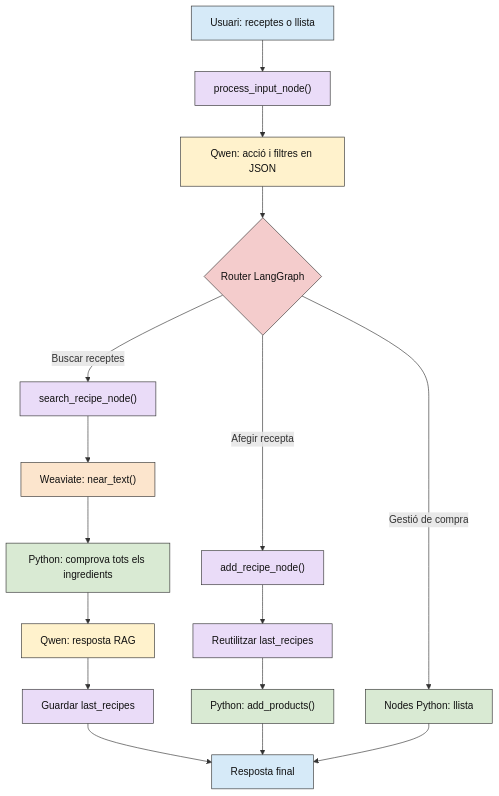
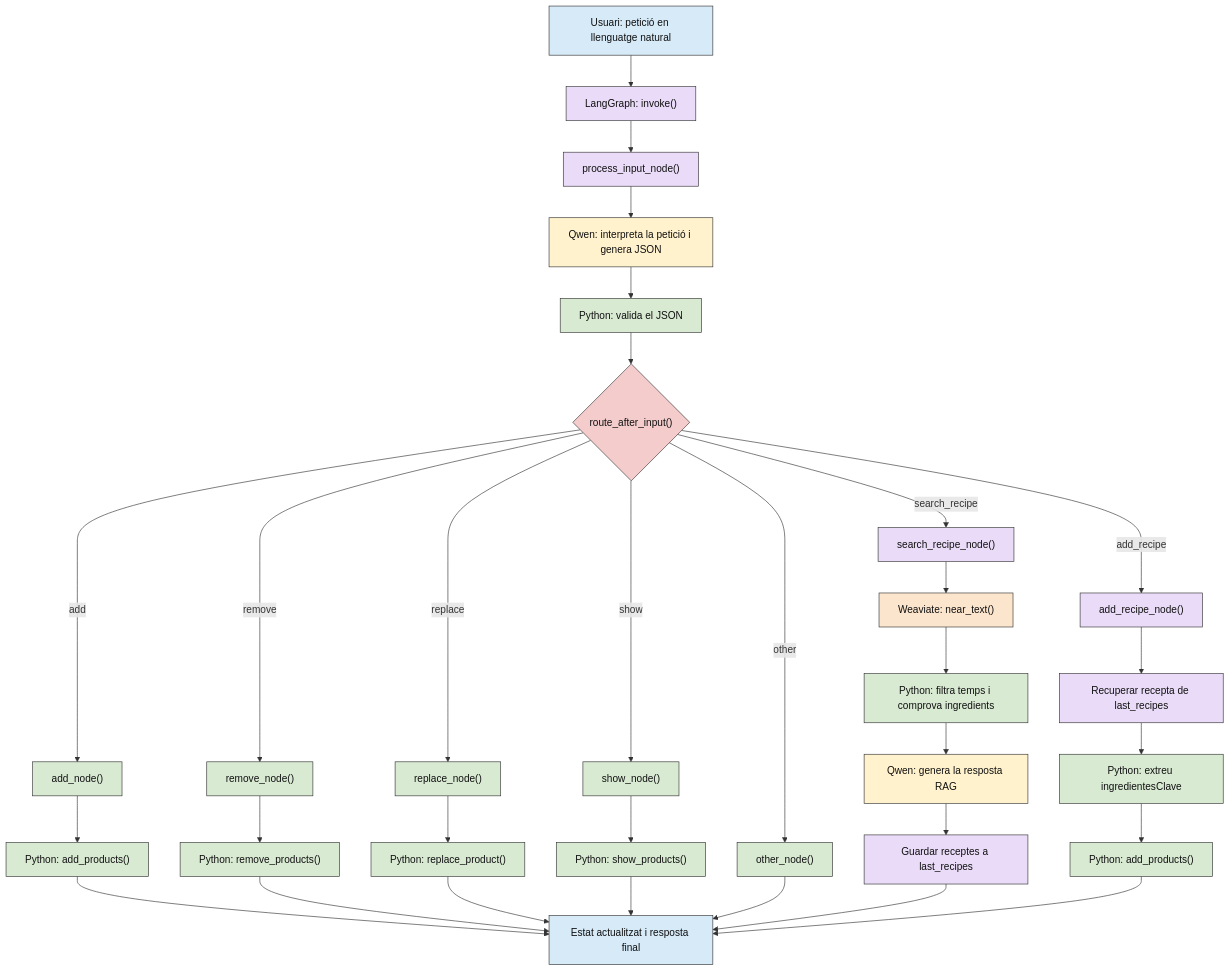
The ninth of 13 diagrams in AI_Observability/docs/08_examples.md (eetac/Visual_tools_for_AI), drawn with Mermaid before and after one commit. The commit also changed other lines of this file and 1 other file, not shown here.

````diff
--- a/AI_Observability/docs/08_examples.md
+++ b/AI_Observability/docs/08_examples.md
@@ -844,31 +842,60 @@
 ```mermaid
 flowchart TD
-    U["Usuari: receptes o llista"] --> P["process_input_node()"]
-    P --> L["Qwen: acció i filtres en JSON"]
-    L --> R{"Router LangGraph"}
-    R -->|Buscar receptes| S["search_recipe_node()"]
+    U["Usuari: petició en llenguatge natural"] --> G["LangGraph: invoke()"]
+    G --> P["process_input_node()"]
+    P --> L["Qwen: interpreta la petició i genera JSON"]
+    L --> J["Python: valida el JSON"]
+    J --> R{"route_after_input()"}
+
+    %% FUNCIONALITATS DE LA LLISTA DE COMPRA
+    R -->|add| A["add_node()"]
+    A --> AP["Python: add_products()"]
+
+    R -->|remove| B["remove_node()"]
+    B --> BP["Python: remove_products()"]
+
+    R -->|replace| C["replace_node()"]
+    C --> CP["Python: replace_product()"]
+
+    R -->|show| D["show_node()"]
+    D --> DP["Python: show_products()"]
+
+    R -->|other| O["other_node()"]
+
+    %% NOVA FUNCIONALITAT: CERCA DE RECEPTES
+    R -->|search_recipe| S["search_recipe_node()"]
     S --> W["Weaviate: near_text()"]
-    W --> V["Python: comprova tots els ingredients"]
-    V --> L2["Qwen: resposta RAG"]
-    L2 --> LR["Guardar last_recipes"]
-    R -->|Afegir recepta| AR["add_recipe_node()"]
-    AR --> LS["Reutilitzar last_recipes"]
-    LS --> ADD["Python: add_products()"]
-    R -->|Gestió de compra| C["Nodes Python: llista"]
-    LR --> F["Resposta final"]
+    W --> V["Python: filtra temps i comprova ingredients"]
+    V --> L2["Qwen: genera la resposta RAG"]
+    L2 --> LR["Guardar receptes a last_recipes"]
+
+    %% NOVA FUNCIONALITAT: AFEGIR INGREDIENTS D'UNA RECEPTA
+    R -->|add_recipe| AR["add_recipe_node()"]
+    AR --> LS["Recuperar recepta de last_recipes"]
+    LS --> IN["Python: extreu ingredientesClave"]
+    IN --> ADD["Python: add_products()"]
+
+    %% RESPOSTA FINAL
+    AP --> F["Estat actualitzat i resposta final"]
+    BP --> F
+    CP --> F
+    DP --> F
+    O --> F
+    LR --> F
     ADD --> F
-    C --> F
+
+    %% COLORS
     class U,F entrada
-    class P,S,AR,LS,LR servei
+    class G,P,S,AR,LS,LR servei
     class L,L2 llm
     class R decisio
     class W agent
-    class V,ADD,C python
+    class J,A,B,C,D,O,AP,BP,CP,DP,V,IN,ADD python
+
     classDef entrada fill:#D6EAF8,stroke:#333333,color:#111111
     classDef llm fill:#FFF2CC,stroke:#333333,color:#111111
     classDef python fill:#D9EAD3,stroke:#333333,color:#111111
     classDef decisio fill:#F4CCCC,stroke:#333333,color:#111111
     classDef servei fill:#EADCF8,stroke:#333333,color:#111111
     classDef agent fill:#FCE5CD,stroke:#333333,color:#111111
-    classDef opik fill:#F5F5F5,stroke:#333333,color:#111111
 ```
````
